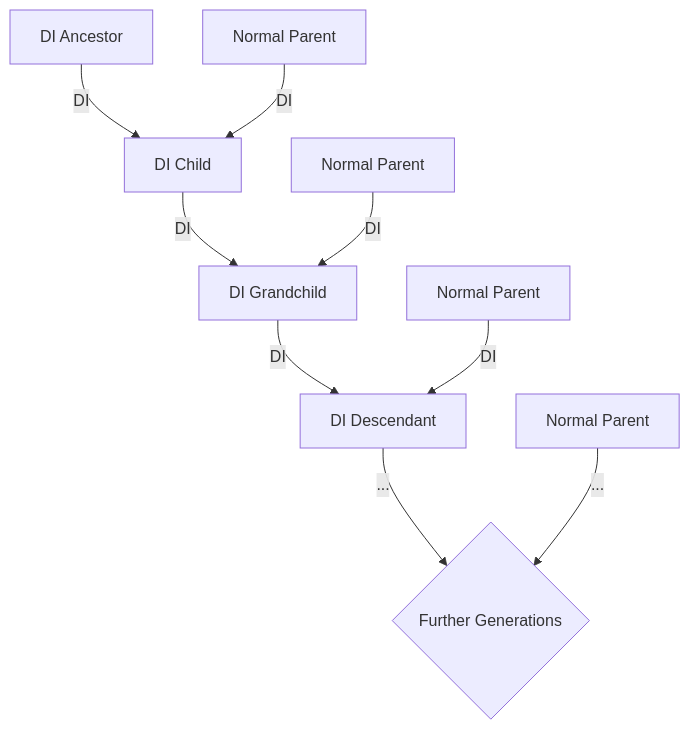
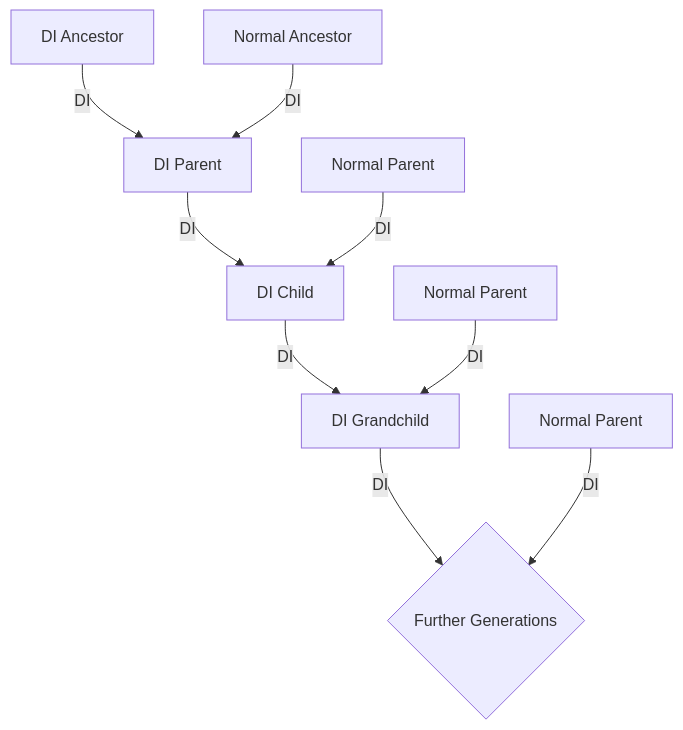
One commit to BKMzero/ultrabroken-documentation changed the seventh of 13 diagrams in docs/wiki/glitchcraft/batch-despawn-interrupt.md. Above: the diagram before and after it, drawn with Mermaid. The commit also changed other lines of this file, not shown here.

````diff
--- a/docs/wiki/glitchcraft/batch-despawn-interrupt.md
+++ b/docs/wiki/glitchcraft/batch-despawn-interrupt.md
@@ -530,11 +543,21 @@
         ```mermaid
         graph TD
-            A[DI Ancestor] -->|DI| B[DI Child]
-            C[Normal Parent] -->|DI| B
-            B -->|DI| D[DI Grandchild]
-            E[Normal Parent] -->|DI| D
-            D -->|DI| F[DI Descendant]
-            G[Normal Parent] -->|DI| F
-            F -->|...| H{Further Generations}
-            I[Normal Parent] -->|...| H
+            A[DI Ancestor]
+            B[Normal Ancestor]
+            C[DI Parent]
+            D[Normal Parent]
+            E[DI Child]
+            F[Normal Parent]
+            G[DI Grandchild]
+            H[Normal Parent]
+            I{Further Generations}
+
+            A -->|DI| C
+            B -->|DI| C
+            C -->|DI| E
+            D -->|DI| E
+            E -->|DI| G
+            F -->|DI| G
+            G -->|DI| I
+            H -->|DI| I
         ```
````
